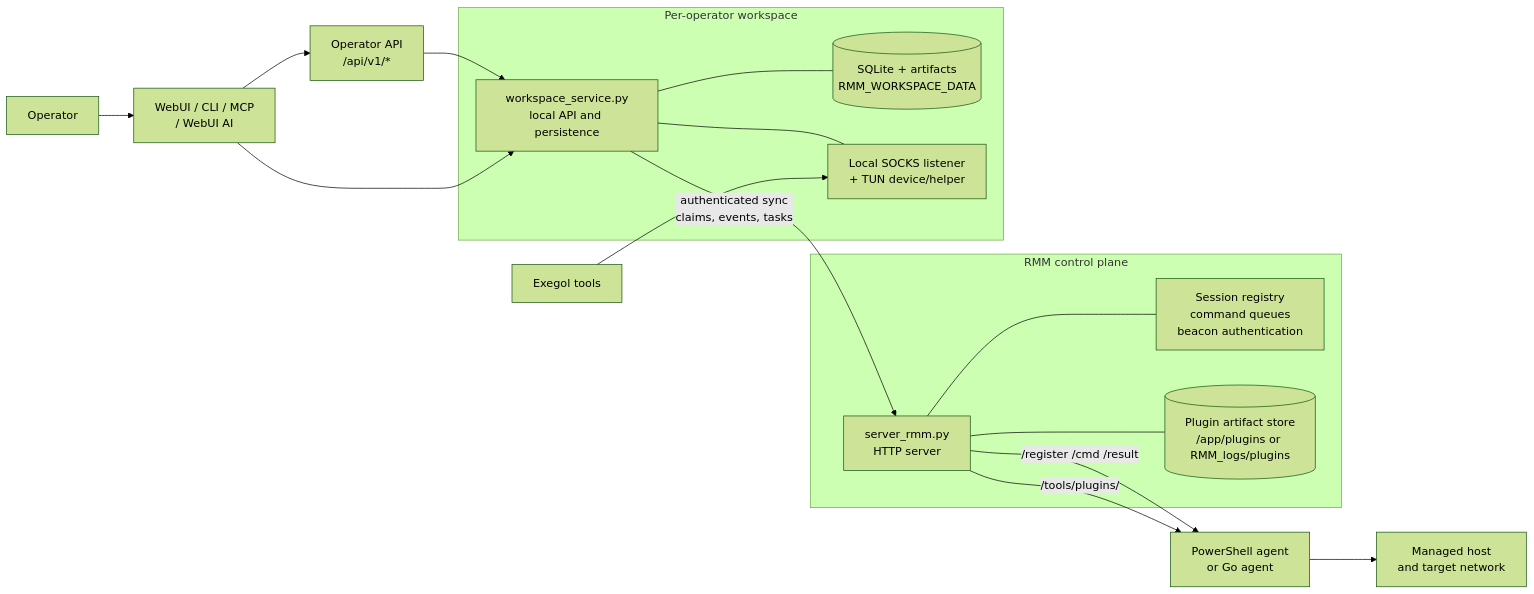
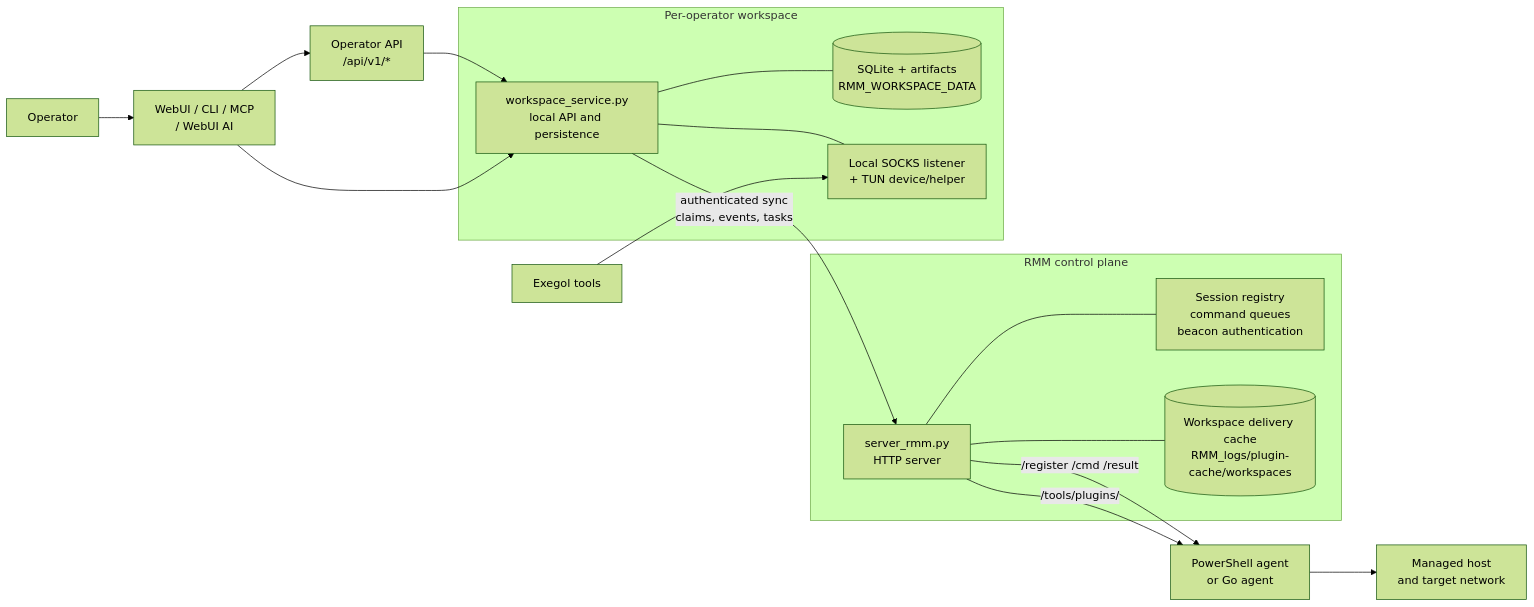
Before and after one commit to CyrilleFranchet/Minimal-RMM: the first of 6 diagrams in docs/architecture.md, drawn with Mermaid (forest theme). The commit also changed other lines of this file and 26 other files, not shown here.

Commit message:
Scope plugin ownership and delivery caches to workspaces

````diff
--- a/docs/architecture.md
+++ b/docs/architecture.md
@@ -35,30 +35,30 @@
 ```mermaid
 flowchart LR
     operator["Operator"] --> surfaces["WebUI / CLI / MCP\n/ WebUI AI"]
     surfaces --> api["Operator API\n/api/v1/*"]
 
     subgraph control["RMM control plane"]
         server["server_rmm.py\nHTTP server"]
         state["Session registry\ncommand queues\nbeacon authentication"]
-        artifacts[("Plugin artifact store\n/app/plugins or RMM_logs/plugins")]
+        artifacts[("Workspace delivery cache\nRMM_logs/plugin-cache/workspaces")]
         server --- state
         server --- artifacts
     end
 
     api --> local
     server -->|"/register /cmd /result"| agent["PowerShell agent\nor Go agent"]
     server -->|"/tools/plugins/<name>"| agent
     agent --> target["Managed host\nand target network"]
 
     subgraph workspace["Per-operator workspace"]
         local["workspace_service.py\nlocal API and persistence"]
         db[("SQLite + artifacts\nRMM_WORKSPACE_DATA")]
         pivot["Local SOCKS listener\n+ TUN device/helper"]
         local --- db
         local --- pivot
     end
 
     surfaces --> local
     local -->|"authenticated sync\nclaims, events, tasks"| server
     tools["Exegol tools"] --> pivot
 ```
````
